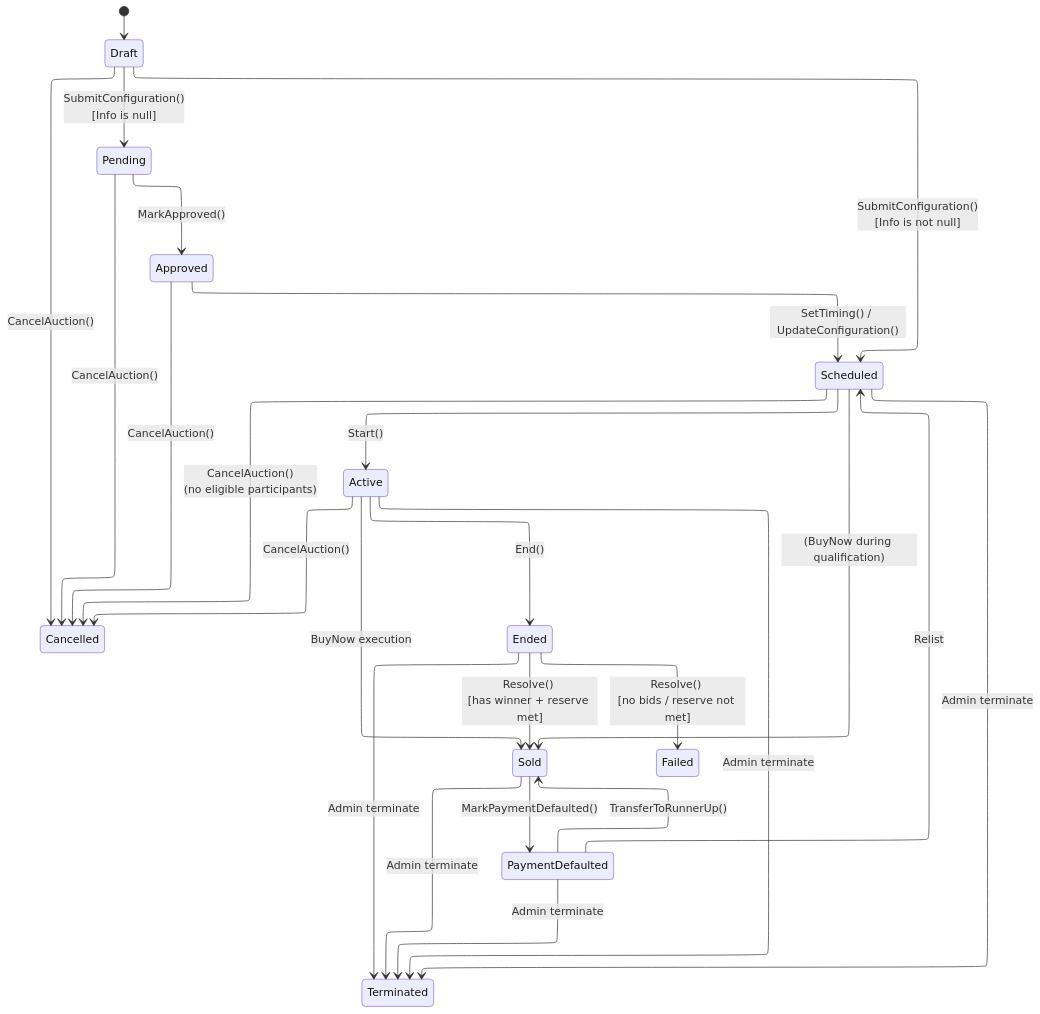
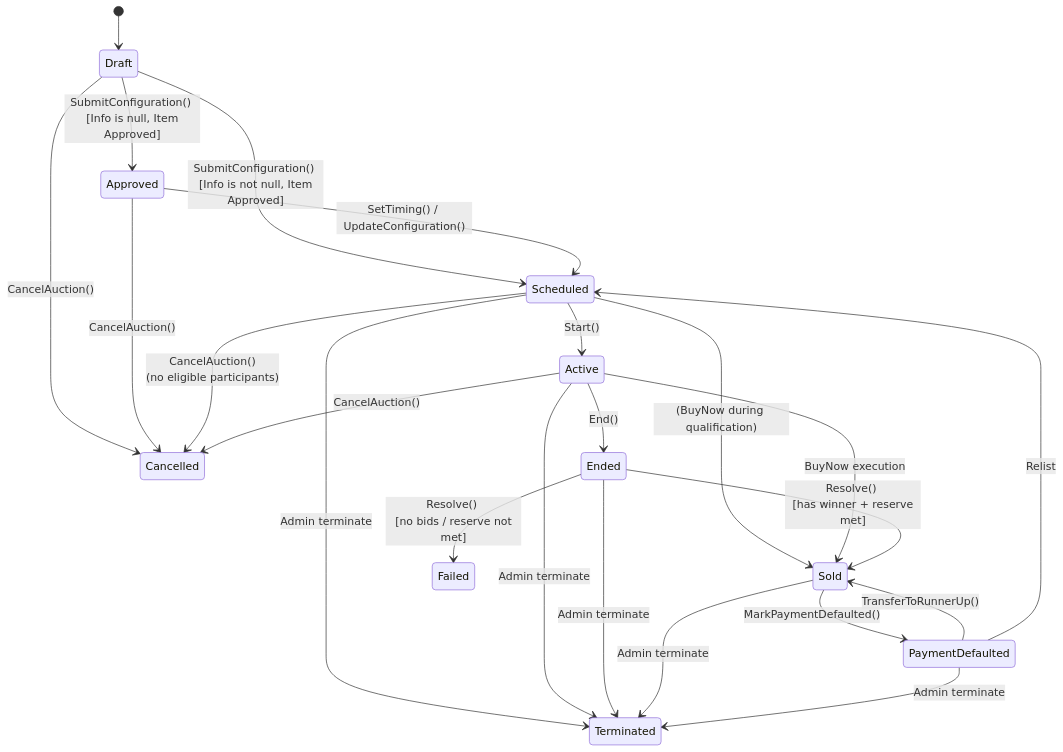
Before and after one commit to sep490-oio/backend: the first of 2 diagrams in docs/flows/06-auction-lifecycle/README.md, drawn with Mermaid. The commit also changed other lines of this file and 72 other files, not shown here.

Commit message:
Update auction submit flow docs: require item approval before submit, clarify timing prerequisites, and revise state transitions

````diff
--- a/docs/flows/06-auction-lifecycle/README.md
+++ b/docs/flows/06-auction-lifecycle/README.md
@@ -24,39 +24,32 @@
 ```mermaid
----
-config:
-  layout: elk
----
 stateDiagram-v2
     [*] --> Draft
 
-    Draft --> Pending : SubmitConfiguration() <br/> [Info is null]
-    Draft --> Scheduled : SubmitConfiguration() <br/> [Info is not null]
+    Draft --> Approved : SubmitConfiguration() <br/> [Info is null, Item Approved]
+    Draft --> Scheduled : SubmitConfiguration() <br/> [Info is not null, Item Approved]
     Draft --> Cancelled : CancelAuction()
-
-    Pending --> Approved : MarkApproved()
-    Pending --> Cancelled : CancelAuction()
 
     Approved --> Scheduled : SetTiming() / UpdateConfiguration()
     Approved --> Cancelled : CancelAuction()
 
     Scheduled --> Active : Start()
     Scheduled --> Cancelled : CancelAuction() <br/> (no eligible participants)
     Scheduled --> Sold : (BuyNow during qualification)
     Scheduled --> Terminated : Admin terminate
 
     Active --> Ended : End()
     Active --> Cancelled : CancelAuction()
     Active --> Terminated : Admin terminate
     Active --> Sold : BuyNow execution
 
     Ended --> Sold : Resolve() <br/> [has winner + reserve met]
     Ended --> Failed : Resolve() <br/> [no bids / reserve not met]
     Ended --> Terminated : Admin terminate
 
     Sold --> PaymentDefaulted : MarkPaymentDefaulted()
     Sold --> Terminated : Admin terminate
 
     PaymentDefaulted --> Sold : TransferToRunnerUp()
     PaymentDefaulted --> Scheduled : Relist
     PaymentDefaulted --> Terminated : Admin terminate
 ```
````
